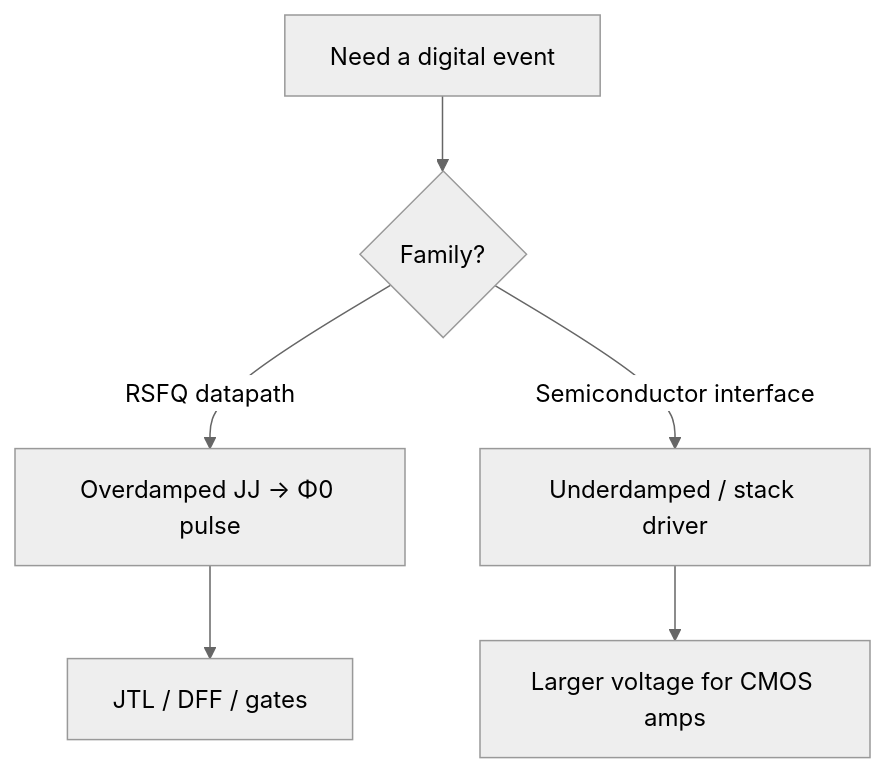
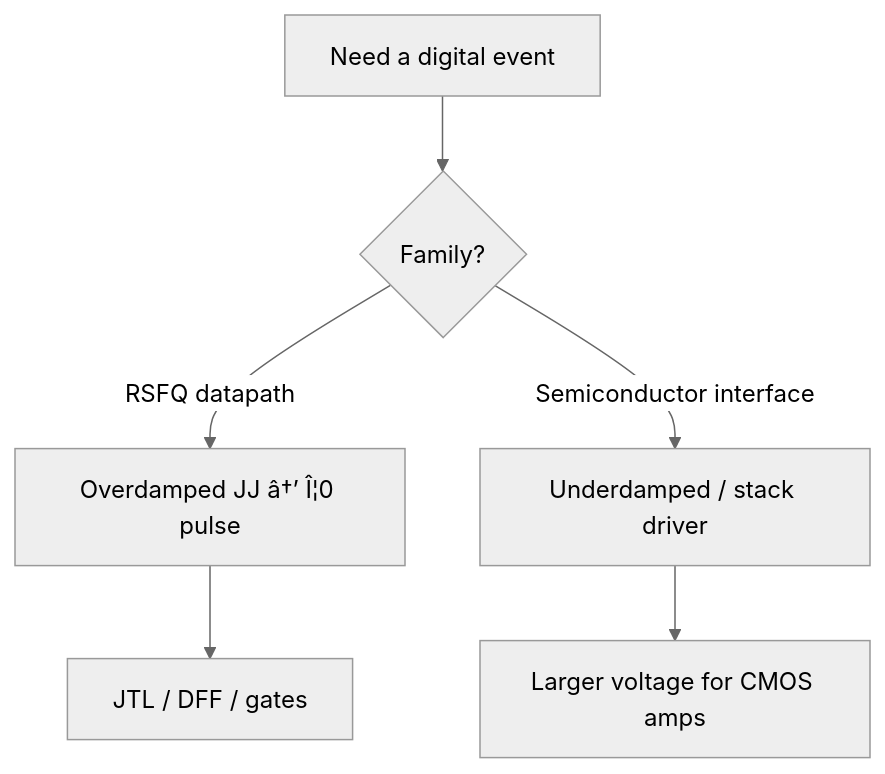
The second of 2 diagrams in docs/concepts/cmos-vs-sfq.md (Single-Flux-Quantum/sfq-learn-public), drawn with Mermaid (neutral theme) before and after one commit. The commit also changed other lines of this file and 41 other files, not shown here.

````diff
--- a/docs/concepts/cmos-vs-sfq.md
+++ b/docs/concepts/cmos-vs-sfq.md
@@ -122,8 +122,8 @@
 ```mermaid
 flowchart TD
   Bit[Need a digital event] --> Ask{Family?}
-  Ask -->|RSFQ datapath| OD[Overdamped JJ → Φ0 pulse]
+  Ask -->|RSFQ datapath| OD[Overdamped JJ â†’ Î¦0 pulse]
   Ask -->|Semiconductor interface| UD[Underdamped / stack driver]
   OD --> Cells[JTL / DFF / gates]
   UD --> Amp[Larger voltage for CMOS amps]
 ```
````
